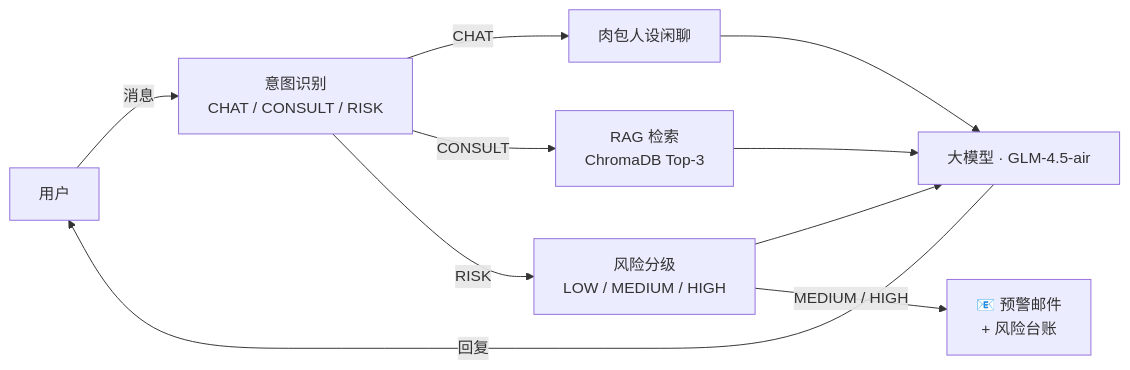
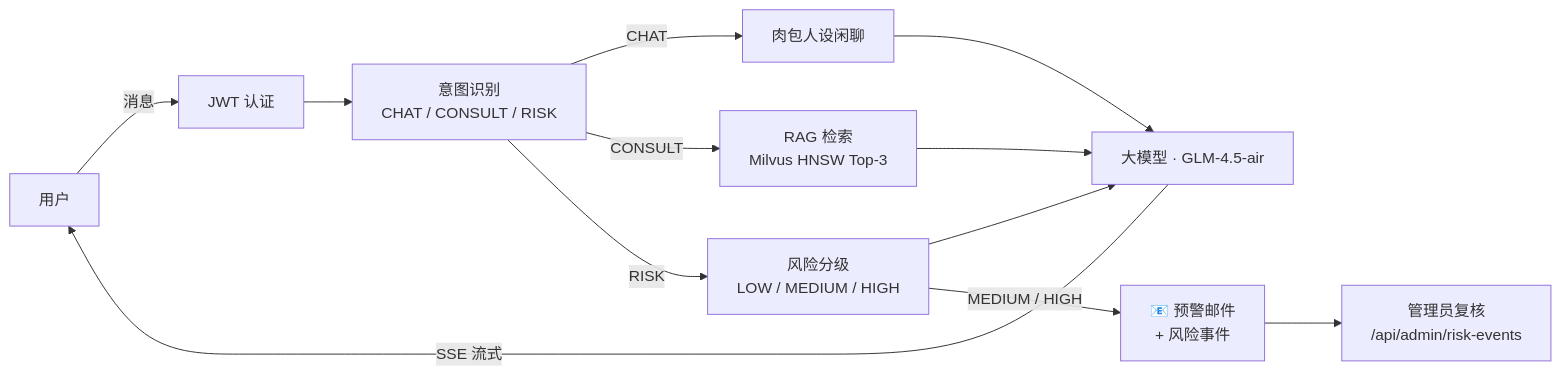
Before and after one commit to CharlsOliver-kws/Psychelink: the diagram in README.zh-CN.md, drawn with Mermaid. The commit also changed other lines of this file and 51 other files, not shown here.

First line of the commit message:
Upgrade to full production-grade architecture (v0.2.0)

````diff
--- a/README.zh-CN.md
+++ b/README.zh-CN.md
@@ -16,12 +17,14 @@
 ```mermaid
 flowchart LR
-    U[用户] -->|消息| IC[意图识别<br/>CHAT / CONSULT / RISK]
+    U[用户] -->|消息| AUTH[JWT 认证]
+    AUTH --> IC[意图识别<br/>CHAT / CONSULT / RISK]
     IC -->|CHAT| P[肉包人设闲聊]
-    IC -->|CONSULT| R[RAG 检索<br/>ChromaDB Top-3]
+    IC -->|CONSULT| R[RAG 检索<br/>Milvus HNSW Top-3]
     IC -->|RISK| RG[风险分级<br/>LOW / MEDIUM / HIGH]
     R --> LLM[大模型 · GLM-4.5-air]
     RG --> LLM
-    RG -->|MEDIUM / HIGH| A[📧 预警邮件<br/>+ 风险台账]
+    RG -->|MEDIUM / HIGH| A[📧 预警邮件<br/>+ 风险事件]
     P --> LLM
-    LLM -->|回复| U
+    LLM -->|SSE 流式| U
+    A --> RV[管理员复核<br/>/api/admin/risk-events]
 ```
````
